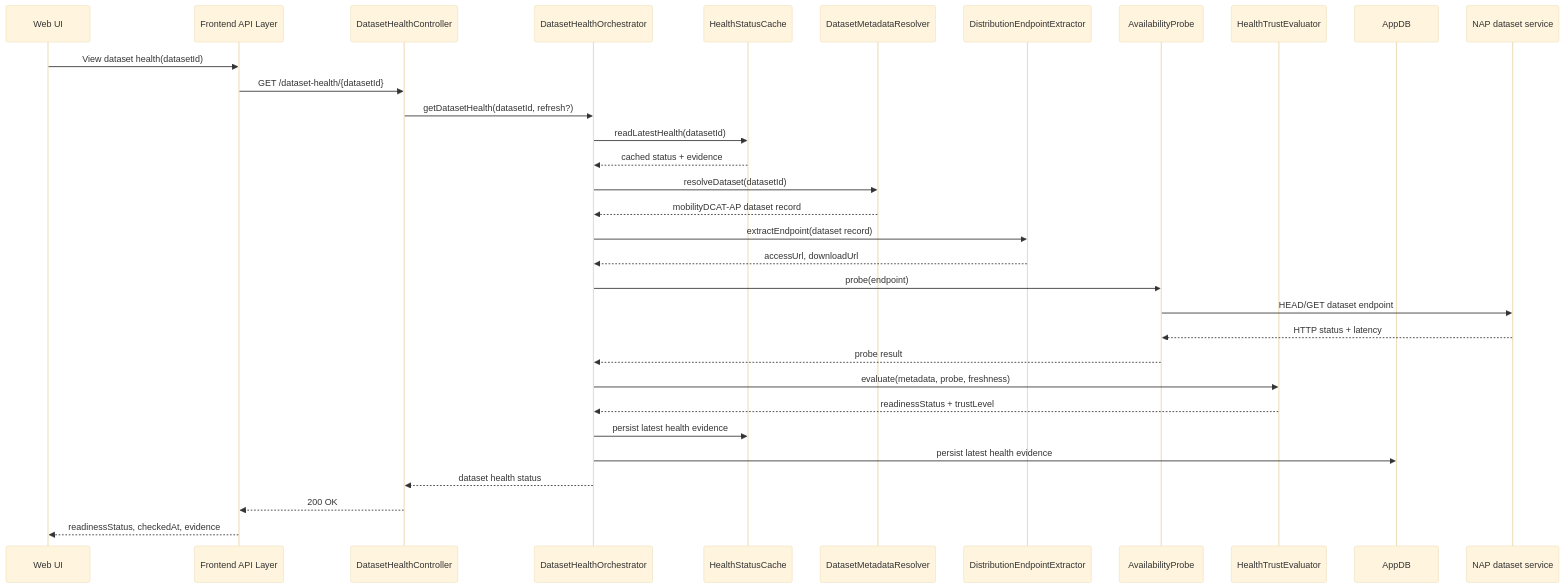
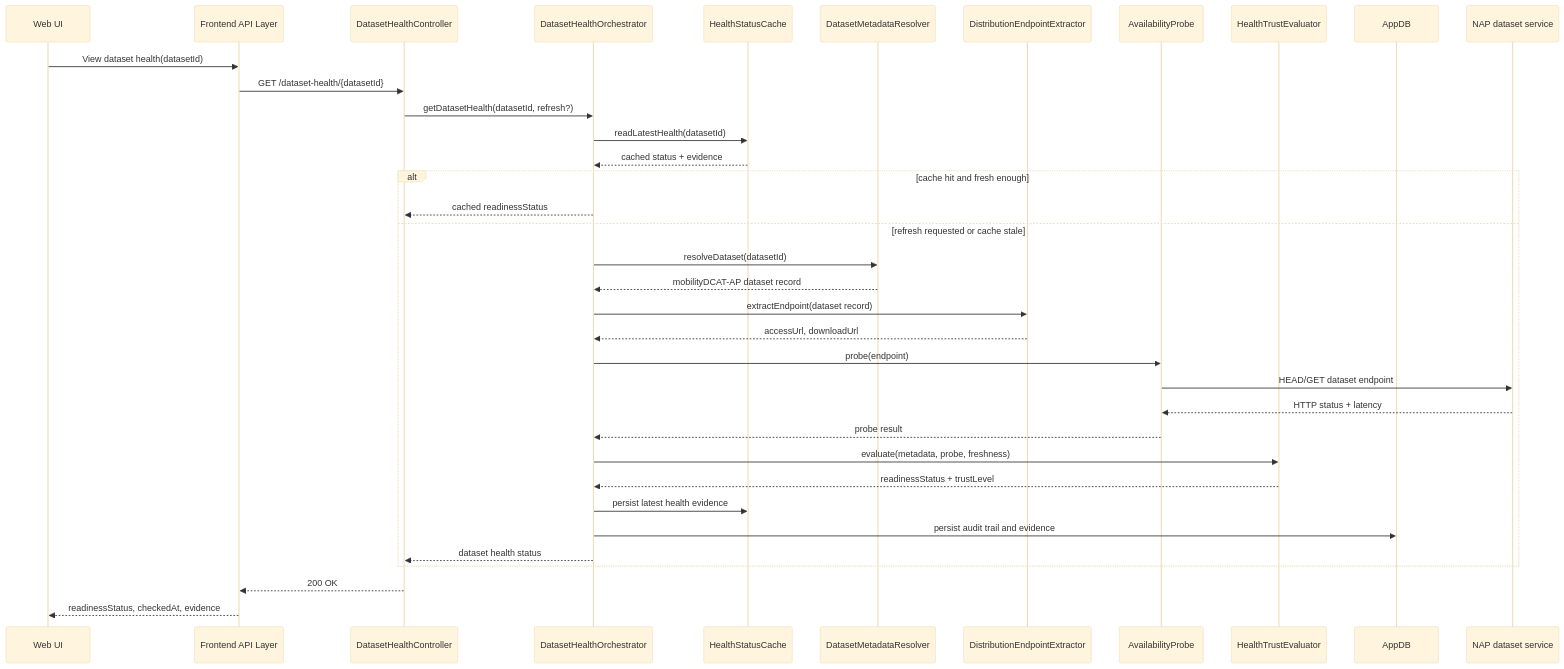
Before and after one commit to UM-KGPI/Napcore-ITS-Reporting: the diagram in docs/architecture/mermaid/dataset-health-primary-runtime-flow.mmd, drawn with Mermaid (base theme). The commit also changed 49 other files, not shown here.

```diff
--- a/docs/architecture/mermaid/dataset-health-primary-runtime-flow.mmd
+++ b/docs/architecture/mermaid/dataset-health-primary-runtime-flow.mmd
@@ -1,33 +1,37 @@
 sequenceDiagram
     participant UI as Web UI
     participant FAPI as Frontend API Layer
     participant API as DatasetHealthController
     participant ORCH as DatasetHealthOrchestrator
     participant CACHE as HealthStatusCache
     participant RES as DatasetMetadataResolver
     participant URL as DistributionEndpointExtractor
     participant PROBE as AvailabilityProbe
     participant TRUST as HealthTrustEvaluator
     participant DB as AppDB
     participant NAP as NAP dataset service
 
     UI->>FAPI: View dataset health(datasetId)
     FAPI->>API: GET /dataset-health/{datasetId}
     API->>ORCH: getDatasetHealth(datasetId, refresh?)
     ORCH->>CACHE: readLatestHealth(datasetId)
     CACHE-->>ORCH: cached status + evidence
-    ORCH->>RES: resolveDataset(datasetId)
-    RES-->>ORCH: mobilityDCAT-AP dataset record
-    ORCH->>URL: extractEndpoint(dataset record)
-    URL-->>ORCH: accessUrl, downloadUrl
-    ORCH->>PROBE: probe(endpoint)
-    PROBE->>NAP: HEAD/GET dataset endpoint
-    NAP-->>PROBE: HTTP status + latency
-    PROBE-->>ORCH: probe result
-    ORCH->>TRUST: evaluate(metadata, probe, freshness)
-    TRUST-->>ORCH: readinessStatus + trustLevel
-    ORCH->>CACHE: persist latest health evidence
-    ORCH->>DB: persist latest health evidence
-    ORCH-->>API: dataset health status
+    alt cache hit and fresh enough
+        ORCH-->>API: cached readinessStatus
+    else refresh requested or cache stale
+        ORCH->>RES: resolveDataset(datasetId)
+        RES-->>ORCH: mobilityDCAT-AP dataset record
+        ORCH->>URL: extractEndpoint(dataset record)
+        URL-->>ORCH: accessUrl, downloadUrl
+        ORCH->>PROBE: probe(endpoint)
+        PROBE->>NAP: HEAD/GET dataset endpoint
+        NAP-->>PROBE: HTTP status + latency
+        PROBE-->>ORCH: probe result
+        ORCH->>TRUST: evaluate(metadata, probe, freshness)
+        TRUST-->>ORCH: readinessStatus + trustLevel
+        ORCH->>CACHE: persist latest health evidence
+        ORCH->>DB: persist audit trail and evidence
+        ORCH-->>API: dataset health status
+    end
     API-->>FAPI: 200 OK
     FAPI-->>UI: readinessStatus, checkedAt, evidence
```
